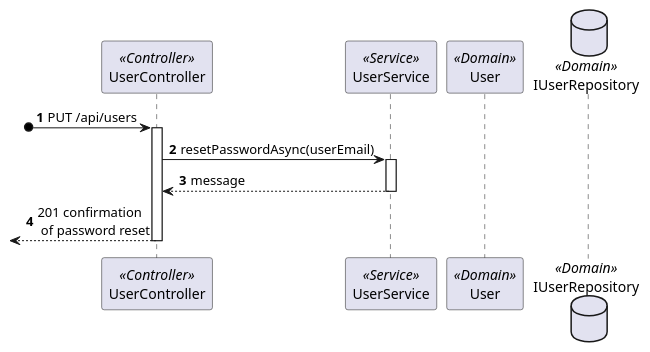
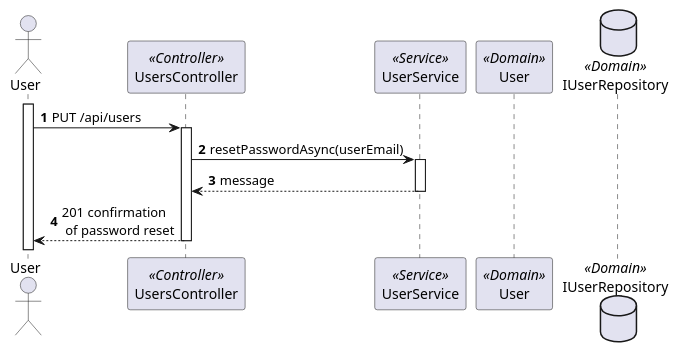
One commit to 1220846/sem5pi-24-25-3ddg20 changed the diagram in docs/sprint-a/us-5.1.2/views/level3/process-view.puml. Above: the diagram before and after it, drawn with PlantUML.

Commit message:
docs: level 2 modification #2

```diff
--- a/docs/sprint-a/us-5.1.2/views/level3/process-view.puml
+++ b/docs/sprint-a/us-5.1.2/views/level3/process-view.puml
@@ -1,37 +1,39 @@
 @startuml level3
 autonumber
 
-participant "UserController" as Controller <<Controller>>
+actor "User" as UserP
+participant "UsersController" as Controller <<Controller>>
 participant "UserService" as Service <<Service>>
 participant "User" as User <<Domain>>
 database "IUserRepository" as UserRepository <<Domain>>
 
-?o->Controller:PUT /api/users
+activate UserP
+UserP->Controller:PUT /api/users
 activate Controller
     
     Controller->Service:resetPasswordAsync(userEmail)
     activate Service
 
         /'Service->SendNotification:notifyStaffWithLink(userEmail)
         activate SendNotification
 
             SendNotification-->Service:sendLink
         deactivate SendNotification
 
         note over Service
             "Fazer auth ao Staff"
         end note
         '/
         /'
         Service->Auth:setPassword()
 
         '/
 
 
     
 
         Service-->Controller:message
     deactivate Service
-    <-- Controller:201 confirmation\n of password reset
+    UserP<-- Controller:201 confirmation\n of password reset
 deactivate Controller
 @enduml 
```
